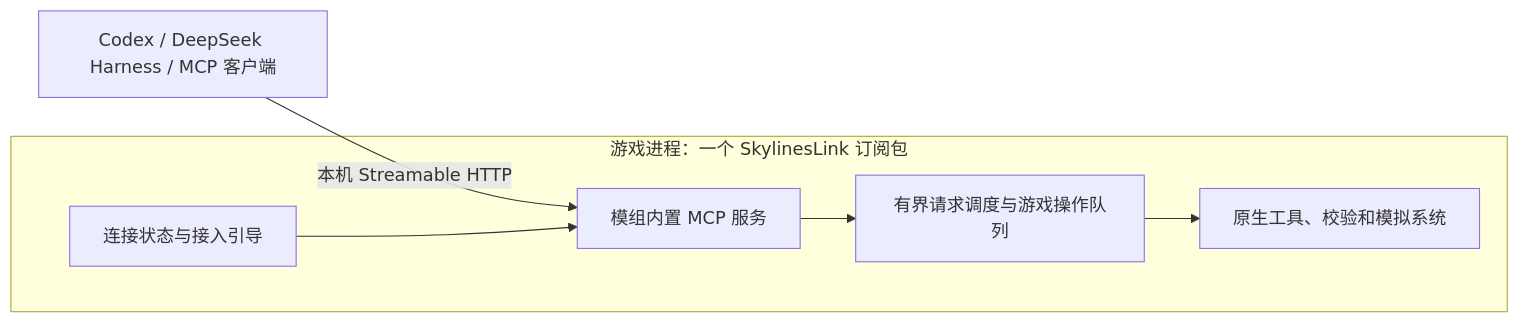
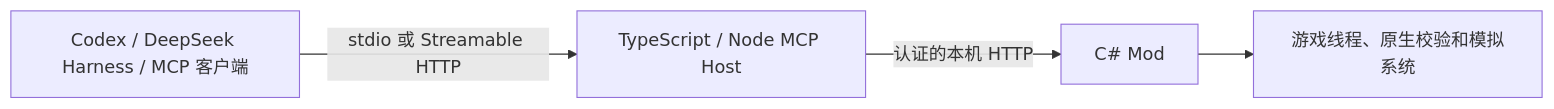
The diagram in docs/research/2026-10-30-language-selection.md (Vodkakakaka/SkylinesLink), drawn with Mermaid before and after one commit. The commit also changed other lines of this file and 10 other files, not shown here.

Commit message:
敲定 C# 与 TypeScript 双组件架构及 pnpm 工具基线

````diff
--- a/docs/research/2026-10-30-language-selection.md
+++ b/docs/research/2026-10-30-language-selection.md
@@ -55,9 +11,6 @@
 ```mermaid
 flowchart LR
-    A[Codex / DeepSeek Harness / MCP 客户端] -->|本机 Streamable HTTP| B[模组内置 MCP 服务]
-    subgraph G[游戏进程：一个 SkylinesLink 订阅包]
-      B --> C[有界请求调度与游戏操作队列]
-      C --> D[原生工具、校验和模拟系统]
-      E[连接状态与接入引导] --> B
-    end
+    A[Codex / DeepSeek Harness / MCP 客户端] -->|stdio 或 Streamable HTTP| B[TypeScript / Node MCP Host]
+    B -->|认证的本机 HTTP| C[C# Mod]
+    C --> D[游戏线程、原生校验和模拟系统]
 ```
````
